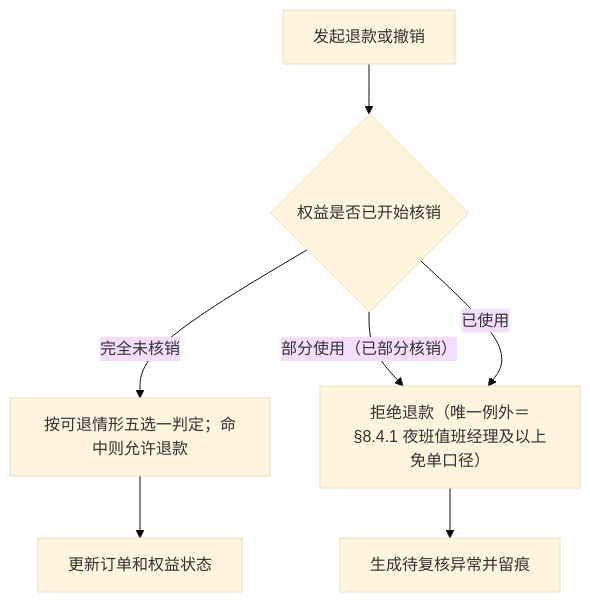
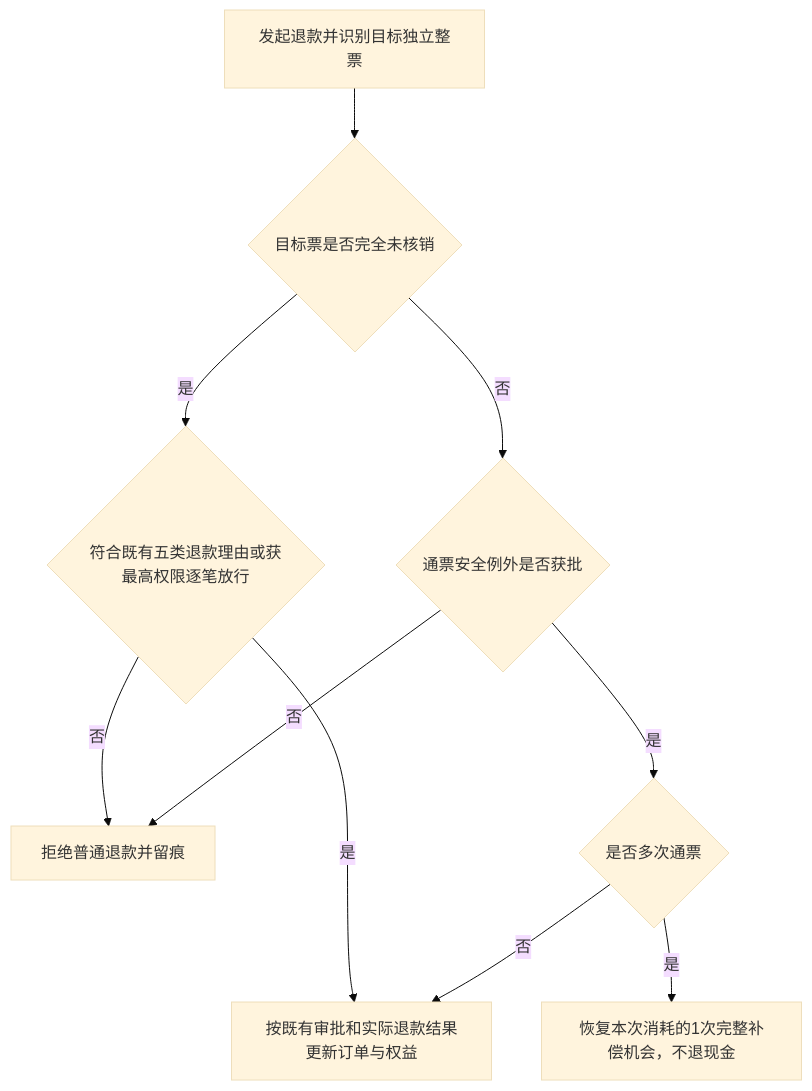
Before and after one commit to jxh1979/mall: the fourth of 5 diagrams in docs/ticketing-entitlement-checkin-product-prd-v0.1.md, drawn with Mermaid (base theme). The commit also changed other lines of this file and 18 other files, not shown here.

````diff
--- a/docs/ticketing-entitlement-checkin-product-prd-v0.1.md
+++ b/docs/ticketing-entitlement-checkin-product-prd-v0.1.md
@@ -436,9 +437,12 @@
 ```mermaid
 flowchart TD
-  A["发起退款或撤销"] --> B{"权益是否已开始核销"}
-  B -- 完全未核销 --> C["按可退情形五选一判定；命中则允许退款"]
-  B -- 部分使用（已部分核销） --> D["拒绝退款（唯一例外＝§8.4.1 夜班值班经理及以上免单口径）"]
-  B -- 已使用 --> D
-  C --> F["更新订单和权益状态"]
-  D --> G["生成待复核异常并留痕"]
+  A["发起退款并识别目标独立整票"] --> B{"目标票是否完全未核销"}
+  B -- 是 --> C{"符合既有五类退款理由或获最高权限逐笔放行"}
+  C -- 是 --> F["按既有审批和实际退款结果更新订单与权益"]
+  C -- 否 --> E["拒绝普通退款并留痕"]
+  B -- 否 --> D{"通票安全例外是否获批"}
+  D -- 否 --> E
+  D -- 是 --> G{"是否多次通票"}
+  G -- 是 --> H["恢复本次消耗的1次完整补偿机会，不退现金"]
+  G -- 否 --> F
 ```
````
